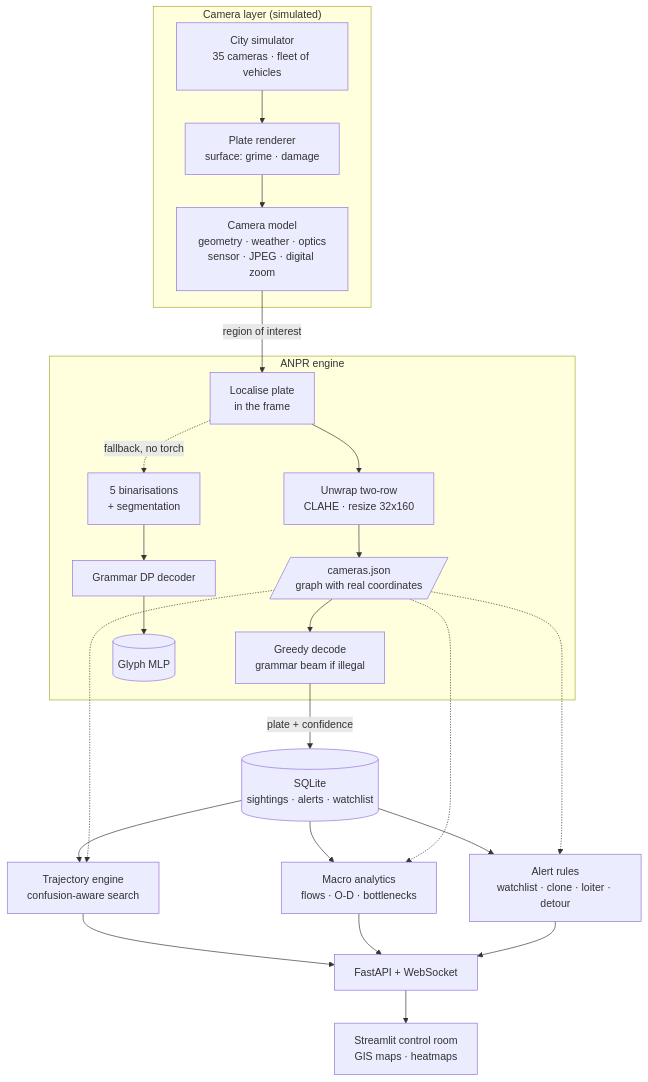
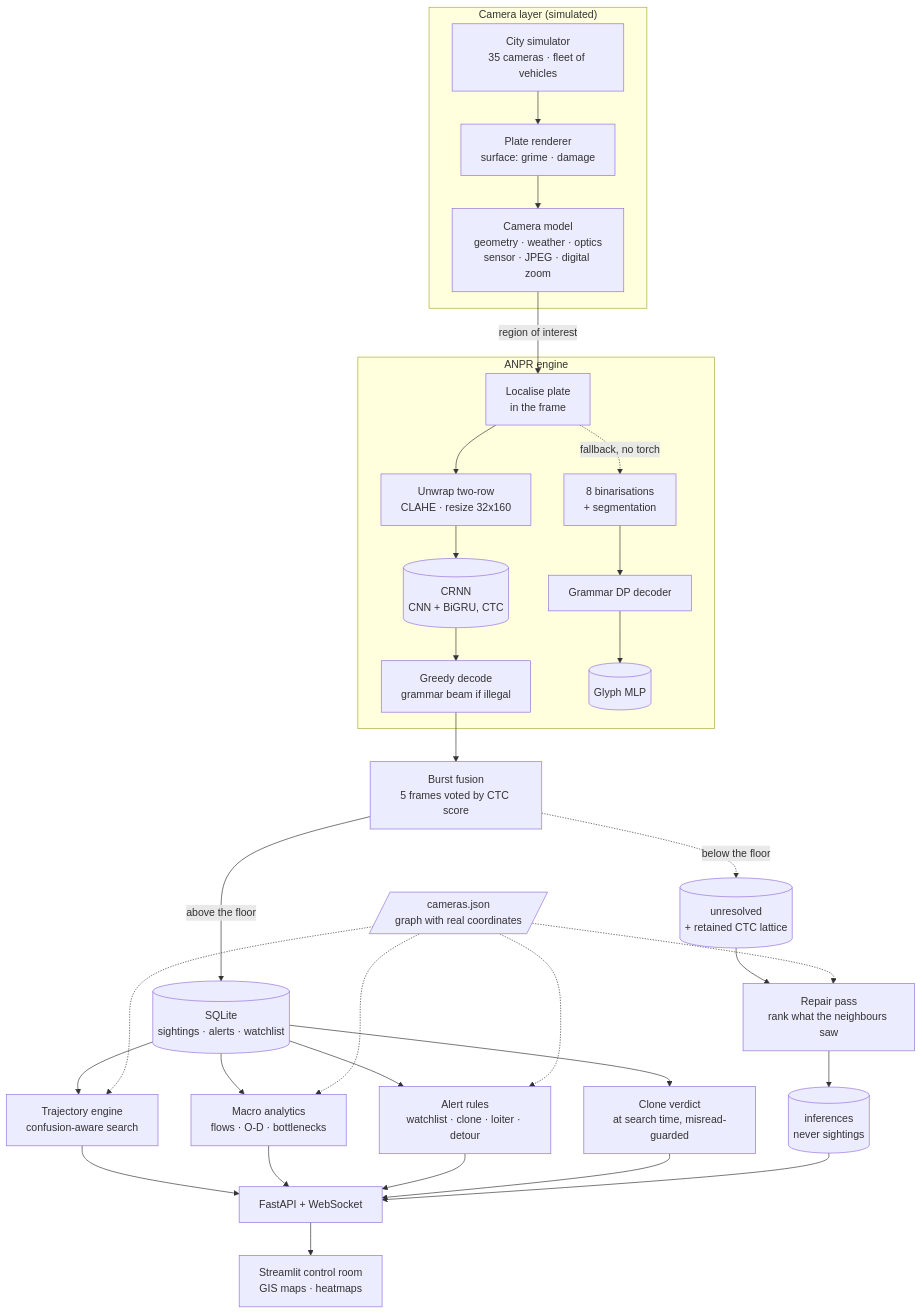
Before and after one commit to A-Martyr/GodsEye: the diagram in README.md, drawn with Mermaid. The commit also changed other lines of this file and 1 other file, not shown here.

````diff
--- a/README.md
+++ b/README.md
@@ -55,30 +58,35 @@
 ```mermaid
 graph TB
     subgraph Edge["Camera layer (simulated)"]
         SIM[City simulator<br/>35 cameras · fleet of vehicles]
         REN[Plate renderer<br/>surface: grime · damage]
         CAM[Camera model<br/>geometry · weather · optics<br/>sensor · JPEG · digital zoom]
         SIM --> REN --> CAM
     end
 
     subgraph Engine["ANPR engine"]
         LOC[Localise plate<br/>in the frame] --> PREP[Unwrap two-row<br/>CLAHE · resize 32x160]
         PREP --> NET[(CRNN<br/>CNN + BiGRU, CTC)]
         NET --> DEC[Greedy decode<br/>grammar beam if illegal]
-        LOC -.fallback, no torch.-> BIN[5 binarisations<br/>+ segmentation]
+        LOC -.fallback, no torch.-> BIN[8 binarisations<br/>+ segmentation]
         BIN --> DP[Grammar DP decoder]
         DP --> CLF[(Glyph MLP)]
     end
 
     CAM -->|region of interest| LOC
-    DEC -->|plate + confidence| STORE[(SQLite<br/>sightings · alerts · watchlist)]
+    DEC --> FUSE[Burst fusion<br/>5 frames voted by CTC score]
+    FUSE -->|above the floor| STORE[(SQLite<br/>sightings · alerts · watchlist)]
+    FUSE -.below the floor.-> UNRES[(unresolved<br/>+ retained CTC lattice)]
+    UNRES --> REP[Repair pass<br/>rank what the neighbours saw]
+    REP --> INF[(inferences<br/>never sightings)]
 
     STORE --> TRAJ[Trajectory engine<br/>confusion-aware search]
     STORE --> ANA[Macro analytics<br/>flows · O-D · bottlenecks]
     STORE --> ALERT[Alert rules<br/>watchlist · clone · loiter · detour]
+    STORE --> CLONE[Clone verdict<br/>at search time, misread-guarded]
 
-    TRAJ & ANA & ALERT --> API[FastAPI + WebSocket]
+    TRAJ & ANA & ALERT & CLONE & INF --> API[FastAPI + WebSocket]
     API --> UI[Streamlit control room<br/>GIS maps · heatmaps]
 
-    NET[/cameras.json<br/>graph with real coordinates/] -.-> TRAJ & ANA & ALERT
+    GEO[/cameras.json<br/>graph with real coordinates/] -.-> TRAJ & ANA & ALERT & REP
 ```
````
